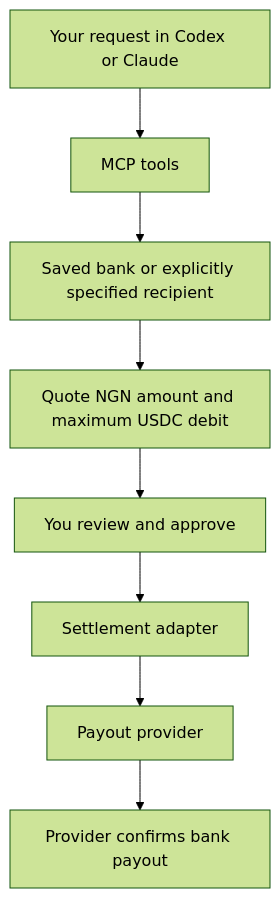
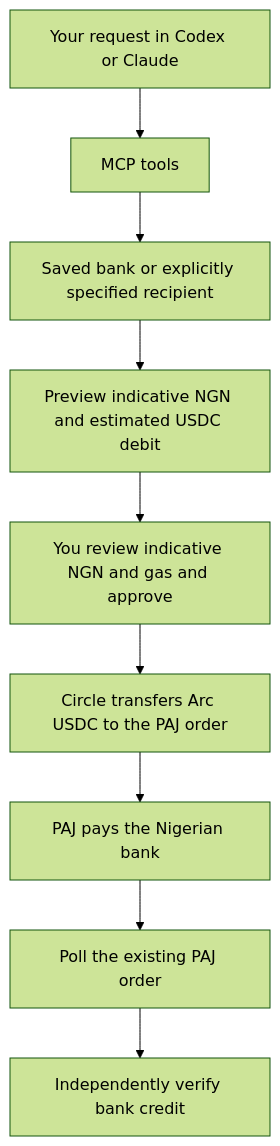
The diagram in README.md (Adeyemir/agent-fiat-mcp), drawn with Mermaid (forest theme) before and after one commit. The commit also changed other lines of this file and 23 other files, not shown here.

Commit message:
Integrate PAJ v2 direct Arc orders and approved Circle transfers

````diff
--- a/README.md
+++ b/README.md
@@ -58,10 +62,11 @@
 ```mermaid
 flowchart TD
     Request[Your request in Codex or Claude] --> MCP[MCP tools]
     MCP --> Bank[Saved bank or explicitly specified recipient]
-    Bank --> Quote[Quote NGN amount and maximum USDC debit]
-    Quote --> Approval[You review and approve]
-    Approval --> Settlement[Settlement adapter]
-    Settlement --> Provider[Payout provider]
-    Provider --> Status[Provider confirms bank payout]
+    Bank --> Quote[Preview indicative NGN and estimated USDC debit]
+    Quote --> Approval[You review indicative NGN and gas and approve]
+    Approval --> Settlement[Circle transfers Arc USDC to the PAJ order]
+    Settlement --> Provider[PAJ pays the Nigerian bank]
+    Provider --> Status[Poll the existing PAJ order]
+    Status --> Credit[Independently verify bank credit]
 ```
````
